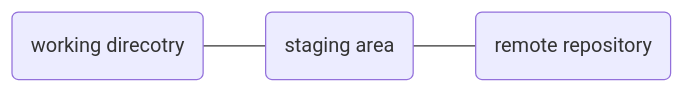
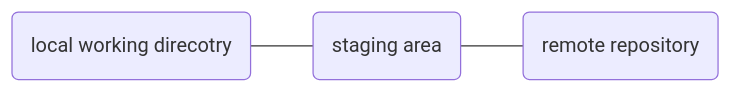
The diagram in README.md (a4lamber/SQL), drawn with Mermaid before and after one commit. The commit also changed other lines of this file, not shown here.

````diff
--- a/README.md
+++ b/README.md
@@ -13,8 +22,8 @@
 ```mermaid
 flowchart LR
-    block1("working direcotry")
+    block1("local working direcotry")
     block2("staging area")
     block3("remote repository")
     block1 --- block2
     block2 --- block3
 ```
````
